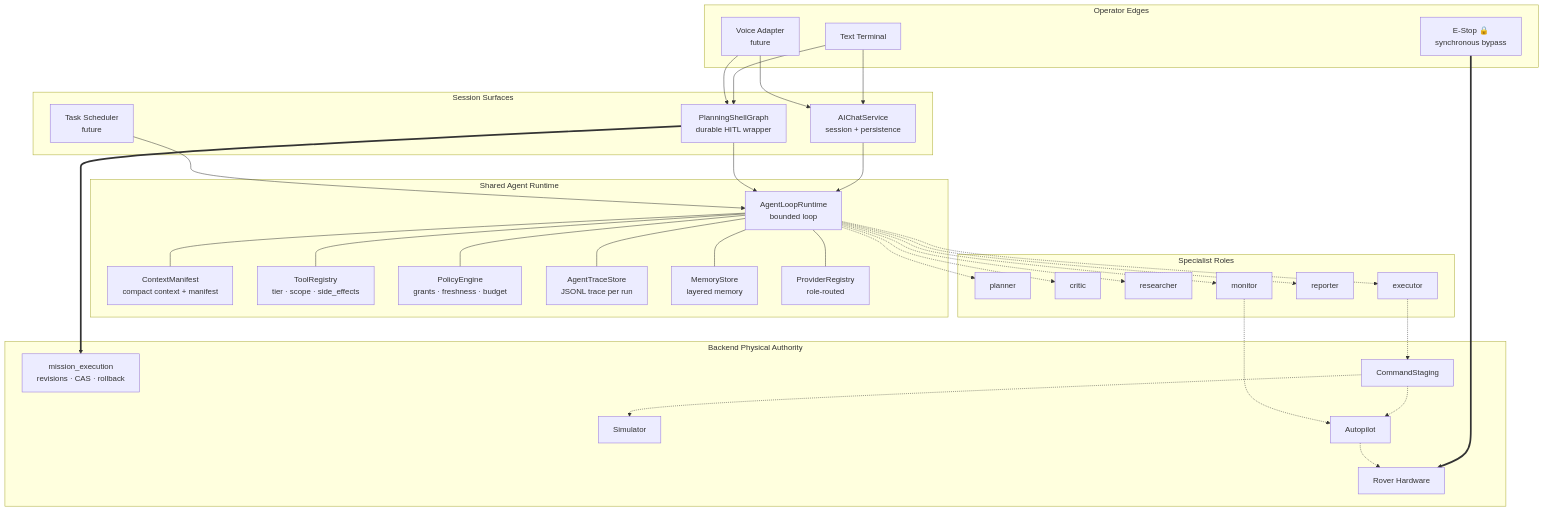
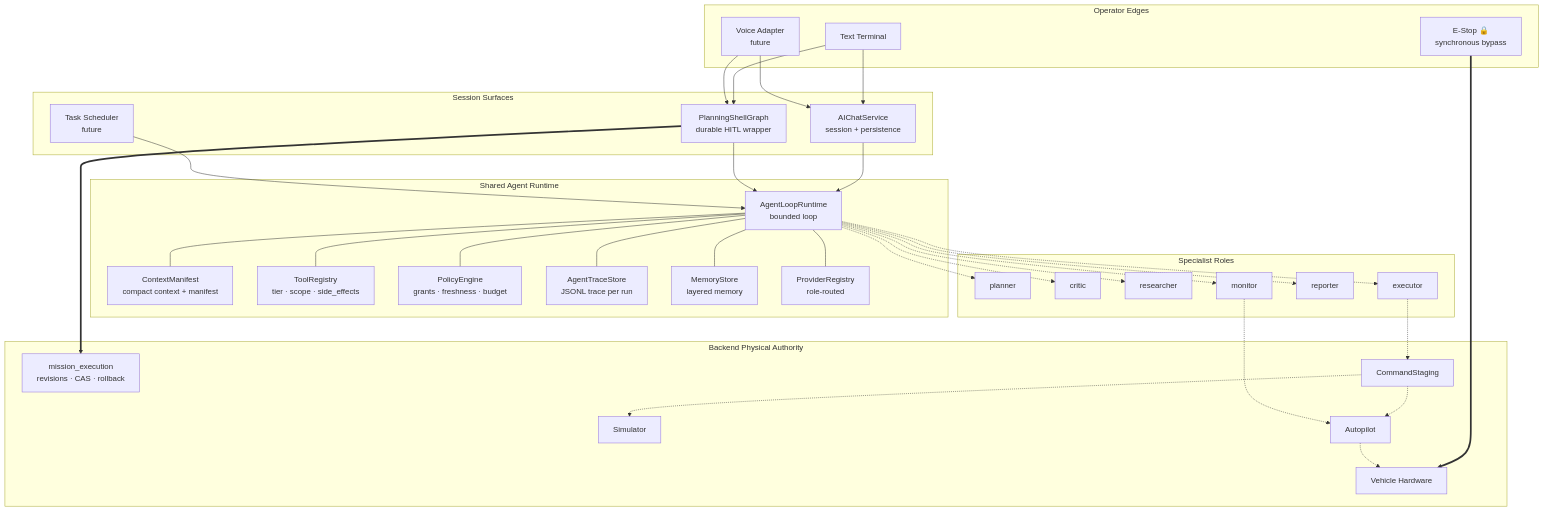
The first of 8 diagrams in docs/components/ai-agent/design/graph-spec.md (vardan6/uxv-agent), drawn with Mermaid before and after one commit. The commit also changed other lines of this file and 20 other files, not shown here.

First line of the commit message:
R5.5-R5.7: finish rover-to-vehicle rename, doc-update, and progress log

````diff
--- a/docs/components/ai-agent/design/graph-spec.md
+++ b/docs/components/ai-agent/design/graph-spec.md
@@ -21,67 +21,67 @@
 ```mermaid
 flowchart TB
     subgraph Edge["Operator Edges"]
         TXT[Text Terminal]
         VC[Voice Adapter<br/>future]
         ES[E-Stop 🔒<br/>synchronous bypass]
     end
 
     subgraph Surfaces["Session Surfaces"]
         CHAT[AIChatService<br/>session + persistence]
         SHELL[PlanningShellGraph<br/>durable HITL wrapper]
         SCHED[Task Scheduler<br/>future]
     end
 
     subgraph Core["Shared Agent Runtime"]
         LOOP[AgentLoopRuntime<br/>bounded loop]
         CTX[ContextManifest<br/>compact context + manifest]
         REG[ToolRegistry<br/>tier · scope · side_effects]
         POL[PolicyEngine<br/>grants · freshness · budget]
         TRC[AgentTraceStore<br/>JSONL trace per run]
         MEM[MemoryStore<br/>layered memory]
         PRV[ProviderRegistry<br/>role-routed]
     end
 
     subgraph Roles["Specialist Roles"]
         PL[planner]
         CR[critic]
         RS[researcher]
         MN[monitor]
         RP[reporter]
         EX[executor]
     end
 
     subgraph Auth["Backend Physical Authority"]
         MX[mission_execution<br/>revisions · CAS · rollback]
         STG[CommandStaging]
         SIM[Simulator]
         APH[Autopilot]
-        HW[Rover Hardware]
+        HW[Vehicle Hardware]
     end
 
     TXT --> CHAT
     TXT --> SHELL
     VC --> CHAT
     VC --> SHELL
     ES ===> HW
 
     CHAT --> LOOP
     SHELL --> LOOP
     SCHED --> LOOP
 
     LOOP --- CTX
     LOOP --- REG
     LOOP --- POL
     LOOP --- TRC
     LOOP --- MEM
     LOOP --- PRV
 
     LOOP -.-> PL & CR & RS & MN & RP & EX
 
     SHELL ==> MX
     EX -.-> STG
     STG -.-> SIM
     STG -.-> APH
     APH -.-> HW
     MN -.-> APH
 ```
````
